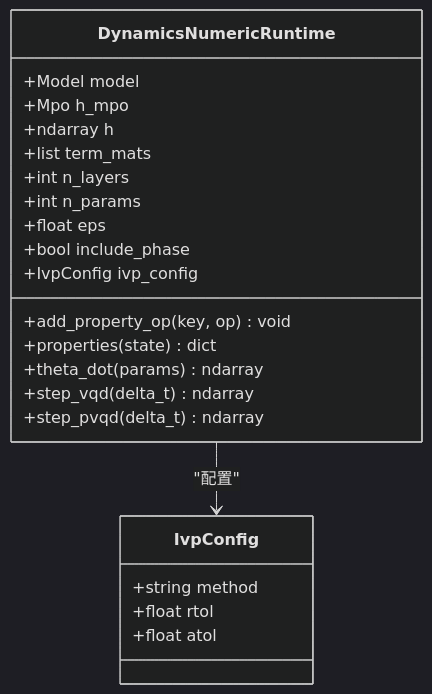
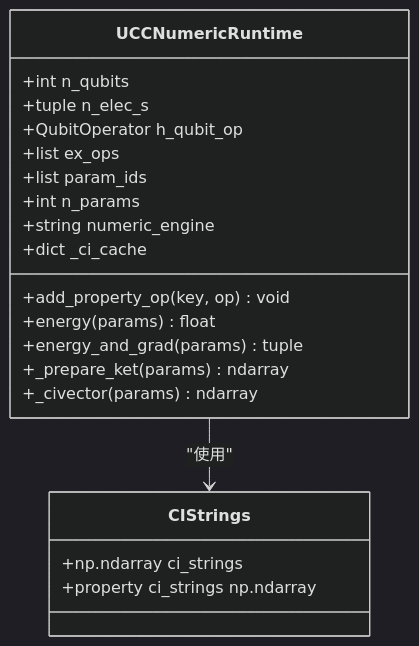
One commit to QureGenAI-Biotech/TyxonQ changed the sixth of 7 diagrams in .qoder/repowiki/zh/content/Applications Chem Runtimes.md. Above: the diagram before and after it, drawn with Mermaid (dark theme). The commit also changed other lines of this file and 9 other files, not shown here.

````diff
--- a/.qoder/repowiki/zh/content/Applications Chem Runtimes.md
+++ b/.qoder/repowiki/zh/content/Applications Chem Runtimes.md
@@ -261,25 +277,23 @@
 ```mermaid
 classDiagram
-class DynamicsNumericRuntime {
-+Model model
-+Mpo h_mpo
-+ndarray h
-+list term_mats
-+int n_layers
+class UCCNumericRuntime {
++int n_qubits
++tuple n_elec_s
++QubitOperator h_qubit_op
++list ex_ops
++list param_ids
 +int n_params
-+float eps
-+bool include_phase
-+IvpConfig ivp_config
++string numeric_engine
++dict _ci_cache
 +add_property_op(key, op) void
-+properties(state) dict
-+theta_dot(params) ndarray
-+step_vqd(delta_t) ndarray
-+step_pvqd(delta_t) ndarray
++energy(params) float
++energy_and_grad(params) tuple
++_prepare_ket(params) ndarray
++_civector(params) ndarray
 }
-class IvpConfig {
-+string method
-+float rtol
-+float atol
+class CIStrings {
++np.ndarray ci_strings
++property ci_strings np.ndarray
 }
-DynamicsNumericRuntime --> IvpConfig : "配置"
+UCCNumericRuntime --> CIStrings : "使用"
 ```
````
